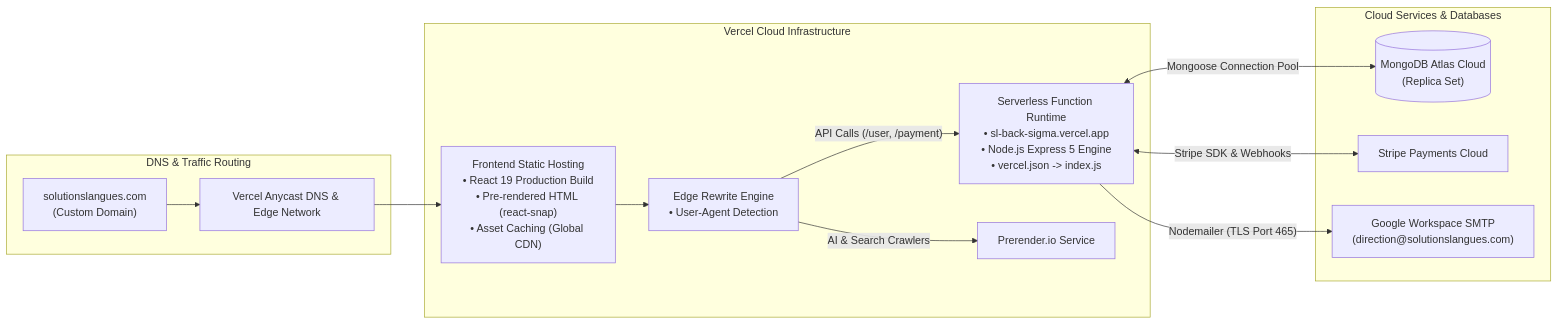
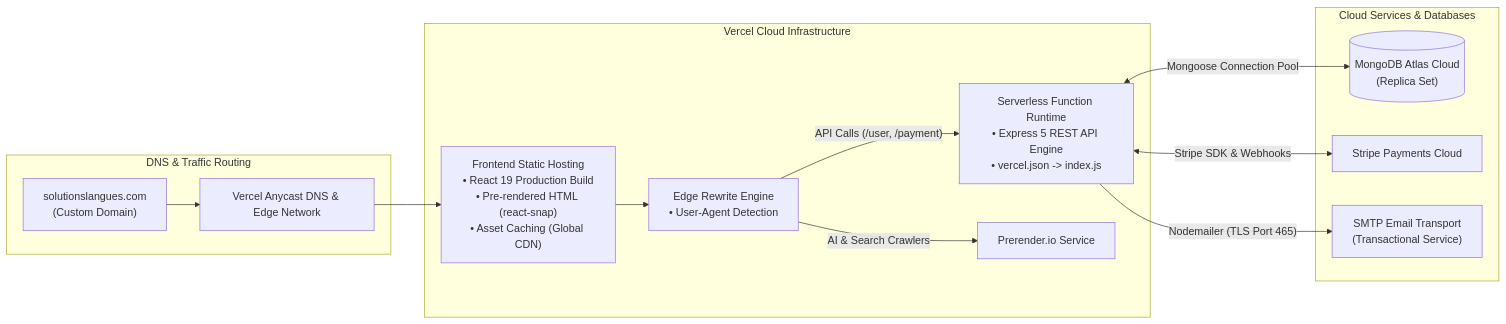
Before and after one commit to AmiraZidi/Solutions-Langues-Quebec: the eighth of 8 diagrams in DOCUMENTATION.md, drawn with Mermaid. The commit also changed other lines of this file, not shown here.

````diff
--- a/DOCUMENTATION.md
+++ b/DOCUMENTATION.md
@@ -697,27 +697,27 @@
 ```mermaid
 graph LR
     subgraph DNS["DNS & Traffic Routing"]
         Domain["solutionslangues.com\n(Custom Domain)"] --> VercelDNS["Vercel Anycast DNS & Edge Network"]
     end
 
     subgraph VercelCloud["Vercel Cloud Infrastructure"]
         StaticFrontend["Frontend Static Hosting\n• React 19 Production Build\n• Pre-rendered HTML (react-snap)\n• Asset Caching (Global CDN)"]
         RewriteEngine["Edge Rewrite Engine\n• User-Agent Detection"]
-        ServerlessAPI["Serverless Function Runtime\n• sl-back-sigma.vercel.app\n• Node.js Express 5 Engine\n• vercel.json -> index.js"]
+        ServerlessAPI["Serverless Function Runtime\n• Express 5 REST API Engine\n• vercel.json -> index.js"]
         
         VercelDNS --> StaticFrontend
         StaticFrontend --> RewriteEngine
         RewriteEngine -->|"AI & Search Crawlers"| PrerenderIO["Prerender.io Service"]
         RewriteEngine -->|"API Calls (/user, /payment)"| ServerlessAPI
     end
 
     subgraph ExternalCloud["Cloud Services & Databases"]
         MongoCluster[("MongoDB Atlas Cloud\n(Replica Set)")]
         StripeCloud["Stripe Payments Cloud"]
-        GmailSMTP["Google Workspace SMTP\n(direction@solutionslangues.com)"]
+        GmailSMTP["SMTP Email Transport\n(Transactional Service)"]
         
         ServerlessAPI <-->|"Mongoose Connection Pool"| MongoCluster
         ServerlessAPI <-->|"Stripe SDK & Webhooks"| StripeCloud
         ServerlessAPI -->|"Nodemailer (TLS Port 465)"| GmailSMTP
     end
 ```
````
